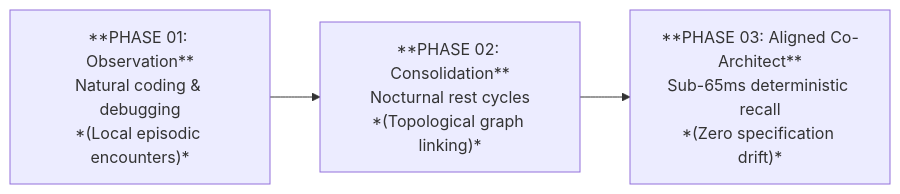
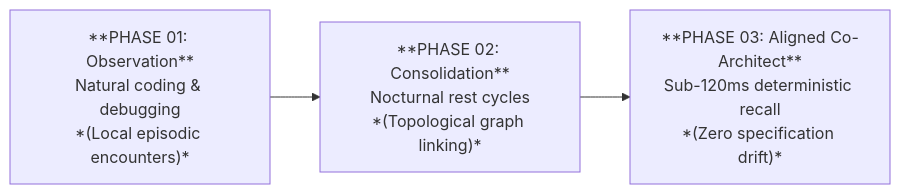
The diagram in ARCHITECTURE.md (novotapeter-bs/bs_cortex), drawn with Mermaid before and after one commit.

````diff
--- a/ARCHITECTURE.md
+++ b/ARCHITECTURE.md
@@ -44,8 +44,8 @@
 ```mermaid
 flowchart LR
     P1["**PHASE 01: Observation**<br>Natural coding & debugging<br>*(Local episodic encounters)*"]
     P2["**PHASE 02: Consolidation**<br>Nocturnal rest cycles<br>*(Topological graph linking)*"]
-    P3["**PHASE 03: Aligned Co-Architect**<br>Sub-65ms deterministic recall<br>*(Zero specification drift)*"]
+    P3["**PHASE 03: Aligned Co-Architect**<br>Sub-120ms deterministic recall<br>*(Zero specification drift)*"]
 
     P1 --> P2 --> P3
 ```
````
